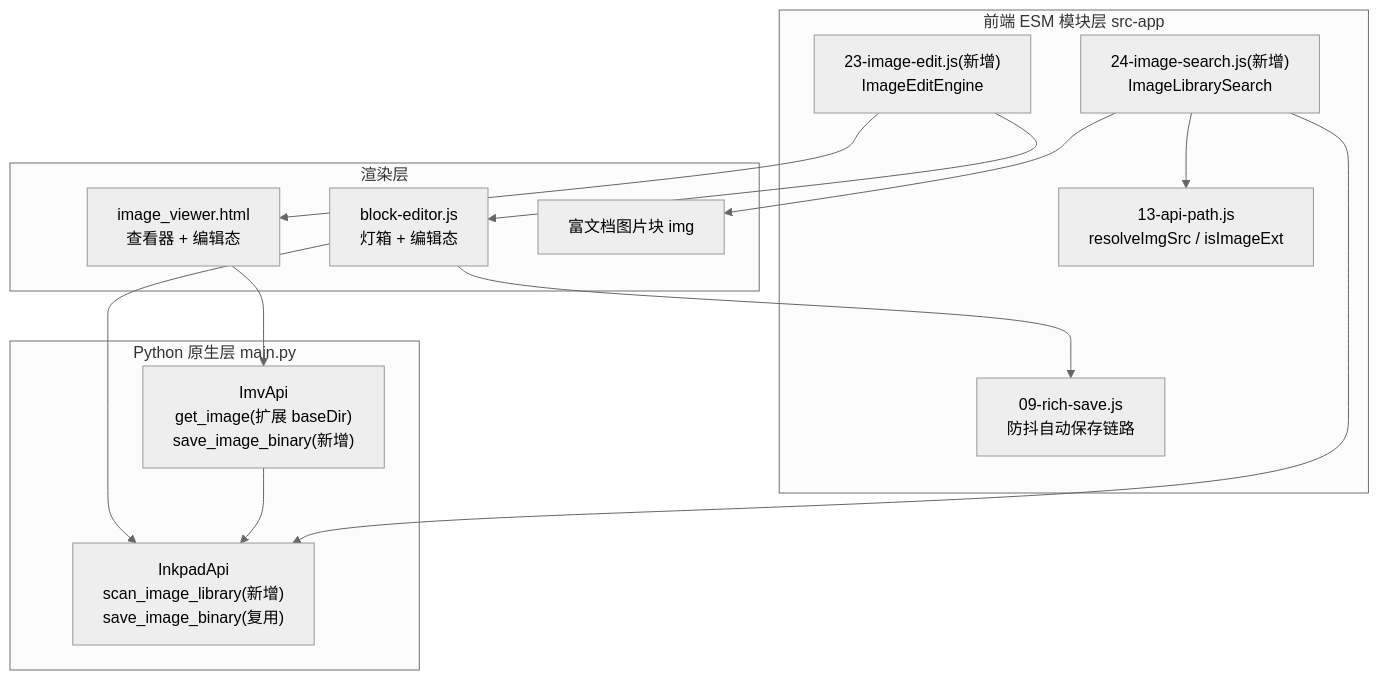
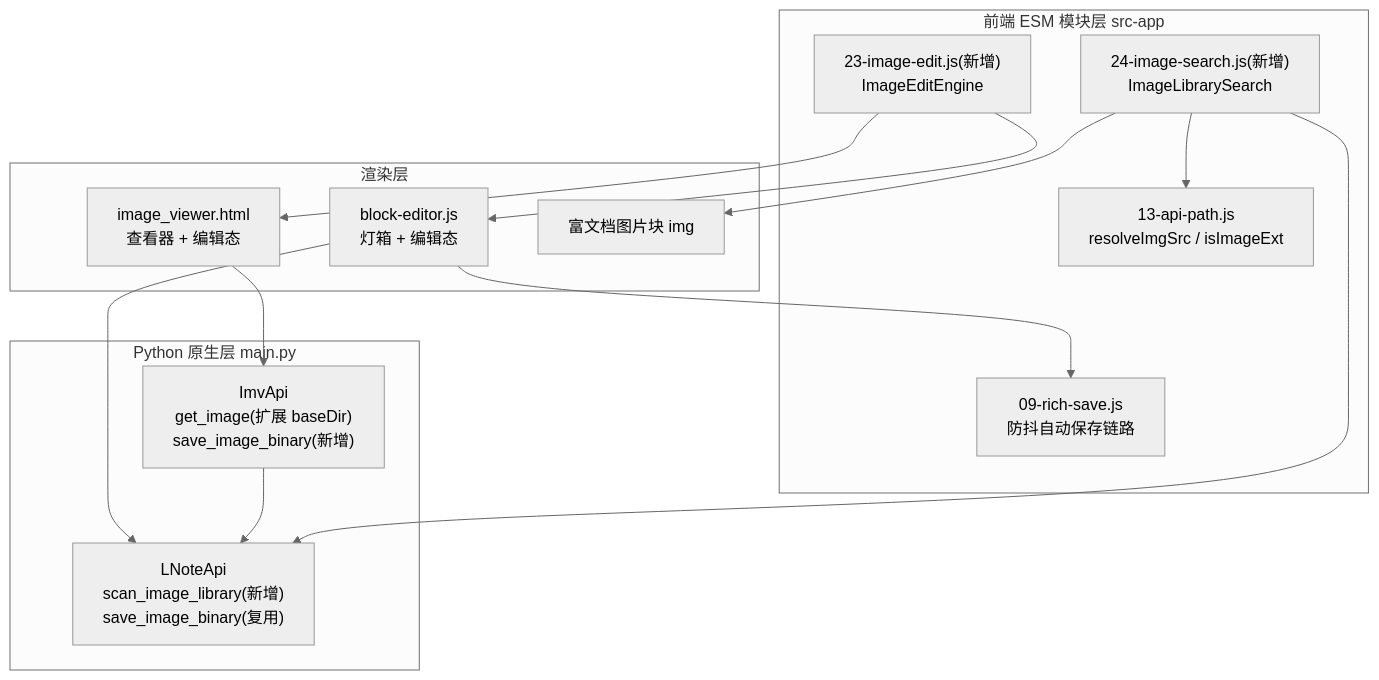
One commit to stutasliu/LNote changed the first of 5 diagrams in docs/14-图片编辑与资产检索-详细设计.md. Above: the diagram before and after it, drawn with Mermaid (neutral theme). The commit also changed other lines of this file and 81 other files, not shown here.

````diff
--- a/docs/14-图片编辑与资产检索-详细设计.md
+++ b/docs/14-图片编辑与资产检索-详细设计.md
@@ -61,27 +61,27 @@
 ```mermaid
 graph TB
     subgraph "Python 原生层 main.py"
-        IA["InkpadApi<br/>scan_image_library(新增)<br/>save_image_binary(复用)"]
+        IA["LNoteApi<br/>scan_image_library(新增)<br/>save_image_binary(复用)"]
         IMV["ImvApi<br/>get_image(扩展 baseDir)<br/>save_image_binary(新增)"]
     end
     subgraph "前端 ESM 模块层 src-app"
         E23["23-image-edit.js(新增)<br/>ImageEditEngine"]
         E24["24-image-search.js(新增)<br/>ImageLibrarySearch"]
         P13["13-api-path.js<br/>resolveImgSrc / isImageExt"]
         S09["09-rich-save.js<br/>防抖自动保存链路"]
     end
     subgraph "渲染层"
         BE["block-editor.js<br/>灯箱 + 编辑态"]
         IV["image_viewer.html<br/>查看器 + 编辑态"]
         IMG["富文档图片块 img"]
     end
     E23 --> BE
     E23 --> IV
     E24 --> P13
     E24 --> IMG
     E24 --> IA
     BE --> S09
     IV --> IMV
     IMV --> IA
     BE --> IA
 ```
````
